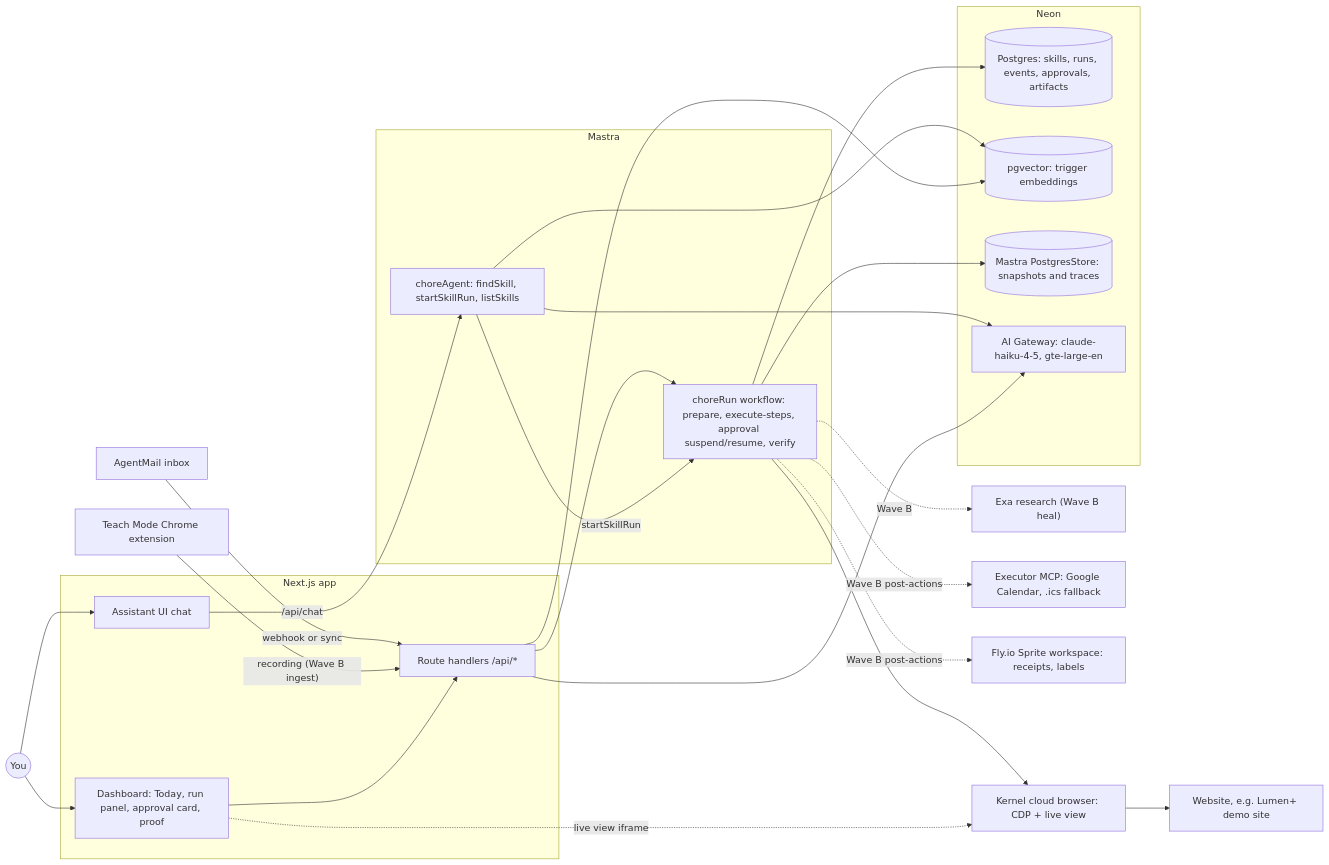
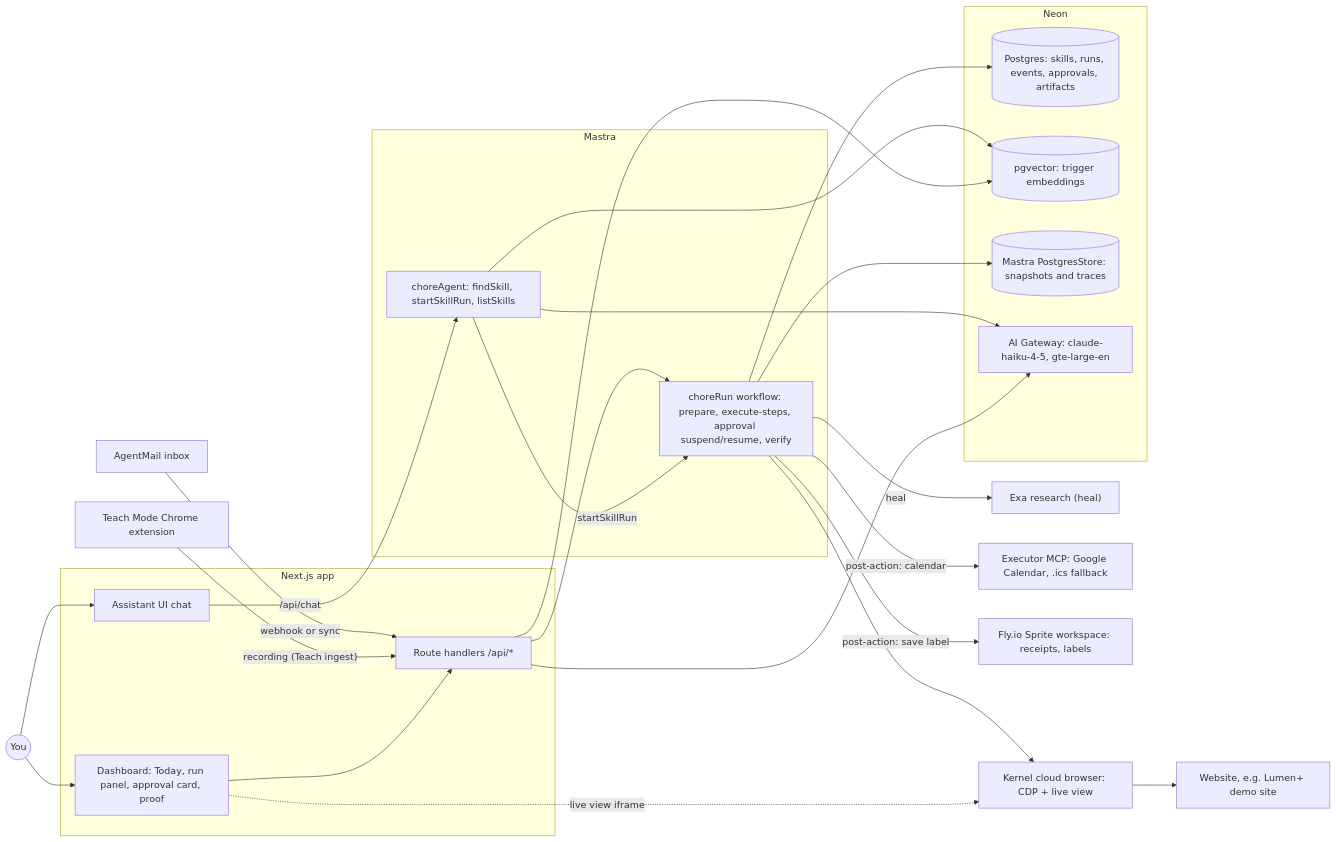
One commit to ali-amjad52114/do-it-once changed the diagram in README.md. Above: the diagram before and after it, drawn with Mermaid. The commit also changed other lines of this file and 10 other files, not shown here.

````diff
--- a/README.md
+++ b/README.md
@@ -104,51 +123,51 @@
 ```mermaid
 flowchart LR
   user(("You"))
 
   subgraph app["Next.js app"]
     ui["Dashboard: Today, run panel, approval card, proof"]
     chat["Assistant UI chat"]
     api["Route handlers /api/*"]
   end
 
   subgraph mastra["Mastra"]
     agent["choreAgent: findSkill, startSkillRun, listSkills"]
     wf["choreRun workflow: prepare, execute-steps, approval suspend/resume, verify"]
   end
 
   subgraph neon["Neon"]
     pg[("Postgres: skills, runs, events, approvals, artifacts")]
     vec[("pgvector: trigger embeddings")]
     store[("Mastra PostgresStore: snapshots and traces")]
     gw["AI Gateway: claude-haiku-4-5, gte-large-en"]
   end
 
   kernel["Kernel cloud browser: CDP + live view"]
   site["Website, e.g. Lumen+ demo site"]
   mail["AgentMail inbox"]
-  exa["Exa research (Wave B heal)"]
+  exa["Exa research (heal)"]
   exec["Executor MCP: Google Calendar, .ics fallback"]
   sprite["Fly.io Sprite workspace: receipts, labels"]
   ext["Teach Mode Chrome extension"]
 
   user --> ui
   user --> chat
   mail -->|"webhook or sync"| api
-  ext -->|"recording (Wave B ingest)"| api
+  ext -->|"recording (Teach ingest)"| api
   chat -->|"/api/chat"| agent
   ui --> api
   api --> wf
   agent -->|"startSkillRun"| wf
   agent --> vec
   api --> vec
   agent --> gw
   api --> gw
   wf --> kernel
   kernel --> site
   ui -.->|"live view iframe"| kernel
   wf --> pg
   wf --> store
-  wf -.->|"Wave B"| exa
-  wf -.->|"Wave B post-actions"| exec
-  wf -.->|"Wave B post-actions"| sprite
+  wf -->|"heal"| exa
+  wf -->|"post-action: calendar"| exec
+  wf -->|"post-action: save label"| sprite
 ```
````
